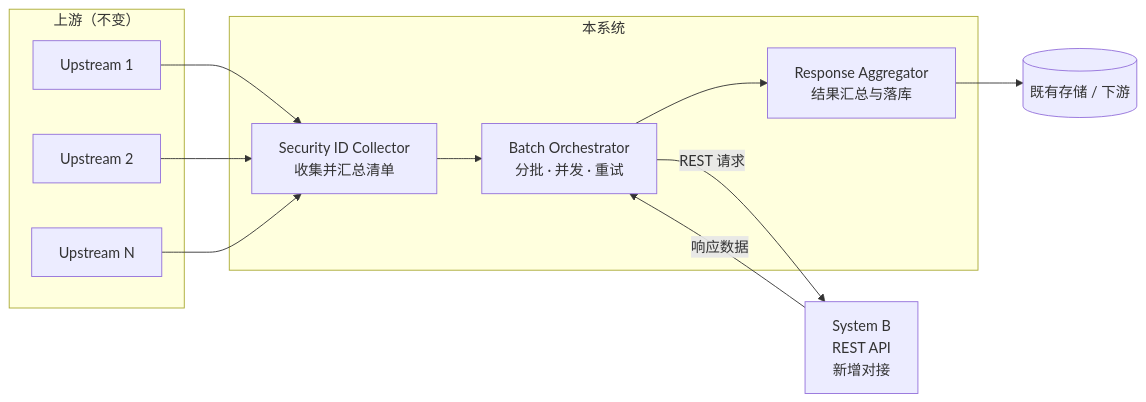
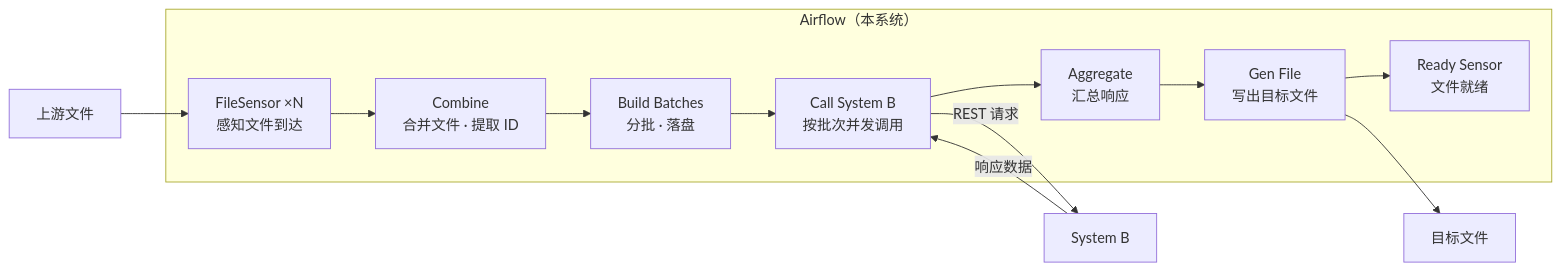
The third of 4 diagrams in design/security-id-migration/2026-11-03-系统架构-design.md (owengoodluck/docs-workbench), drawn with Mermaid before and after one commit. The commit also changed other lines of this file, not shown here.

First line of the commit message:
docs(design): 按 Airflow 落地 Security ID 迁移架构

````diff
--- a/design/security-id-migration/2026-11-03-系统架构-design.md
+++ b/design/security-id-migration/2026-11-03-系统架构-design.md
@@ -78,26 +86,22 @@
 ```mermaid
 flowchart LR
-    subgraph UP["上游（不变）"]
-        U1["Upstream 1"]
-        U2["Upstream 2"]
-        U3["Upstream N"]
+    subgraph AF["Airflow（本系统）"]
+        S1["FileSensor ×N<br/>感知文件到达"]
+        CM["Combine<br/>合并文件 · 提取 ID"]
+        BB["Build Batches<br/>分批 · 落盘"]
+        API["Call System B<br/>按批次并发调用"]
+        AG["Aggregate<br/>汇总响应"]
+        GF["Gen File<br/>写出目标文件"]
+        RS["Ready Sensor<br/>文件就绪"]
     end
-
-    subgraph SYS["本系统"]
-        COL["Security ID Collector<br/>收集并汇总清单"]
-        ORC["Batch Orchestrator<br/>分批 · 并发 · 重试"]
-        AGG["Response Aggregator<br/>结果汇总与落库"]
-    end
-
-    SB["System B<br/>REST API<br/>新增对接"]
-    DS[("既有存储 / 下游")]
-
-    U1 --> COL
-    U2 --> COL
-    U3 --> COL
-    COL --> ORC
-    ORC -- "REST 请求" --> SB
-    SB -- "响应数据" --> ORC
-    ORC --> AGG
-    AGG --> DS
+    UP["上游文件"] --> S1
+    S1 --> CM
+    CM --> BB
+    BB --> API
+    API -- "REST 请求" --> SB["System B"]
+    SB -- "响应数据" --> API
+    API --> AG
+    AG --> GF
+    GF --> RS
+    GF --> OUT["目标文件"]
 ```
````
